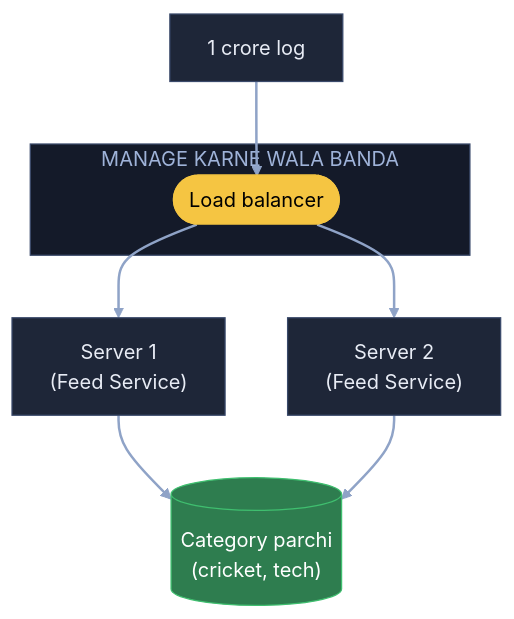
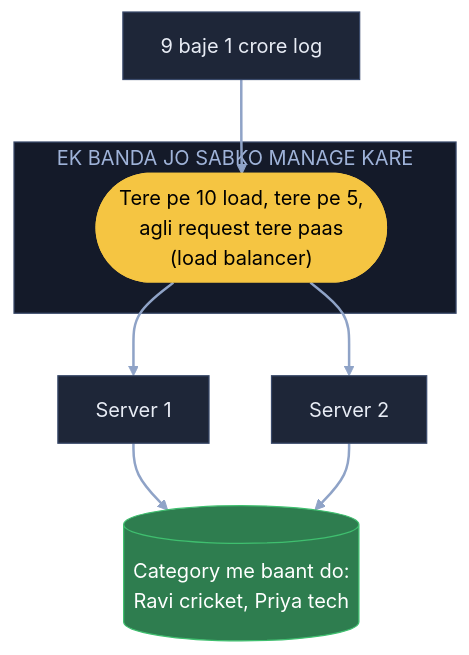
The fifth of 11 diagrams in 04_HLD/SYSTEM_DESIGNS/08_news_aggregator/08_news_aggregator.md (ArpanMaheshwari144/Prep), drawn with Mermaid before and after one commit. The commit also changed other lines of this file, not shown here.

Commit message:
News: 11 diagram hand notes ke shabdon se; K6 se apna jodा timeout / circuit breaker hataya

````diff
--- a/04_HLD/SYSTEM_DESIGNS/08_news_aggregator/08_news_aggregator.md
+++ b/04_HLD/SYSTEM_DESIGNS/08_news_aggregator/08_news_aggregator.md
@@ -149,21 +153,21 @@
 ```mermaid
 flowchart TB
-    U["1 crore log"]:::card
-    subgraph MB["MANAGE KARNE WALA BANDA"]
-        LB(["Load balancer"]):::pill
+    U["9 baje 1 crore log"]:::card
+    subgraph MB["EK BANDA JO SABKO MANAGE KARE"]
+        LB(["Tere pe 10 load, tere pe 5,<br/>agli request tere paas<br/>(load balancer)"]):::pill
     end
-    F1["Server 1<br/>(Feed Service)"]:::card
-    F2["Server 2<br/>(Feed Service)"]:::card
-    P[("Category parchi<br/>(cricket, tech)")]:::good
+    F1["Server 1"]:::card
+    F2["Server 2"]:::card
+    P[("Category me baant do:<br/>Ravi cricket, Priya tech")]:::good
     U --> LB
     LB --> F1
     LB --> F2
     F1 --> P
     F2 --> P
     linkStyle default stroke:#8fa3c7,stroke-width:2px
     classDef card fill:#1e2638,stroke:#3a4a6b,color:#e8ecf5
     classDef pill fill:#f5c542,stroke:#f5c542,color:#000
     classDef good fill:#2e7d4f,stroke:#3fbf6f,color:#fff
     classDef bad fill:#5c1f24,stroke:#e05561,color:#fff
     style MB fill:#141a29,stroke:#3a4a6b,color:#9fb3d9
 ```
````
